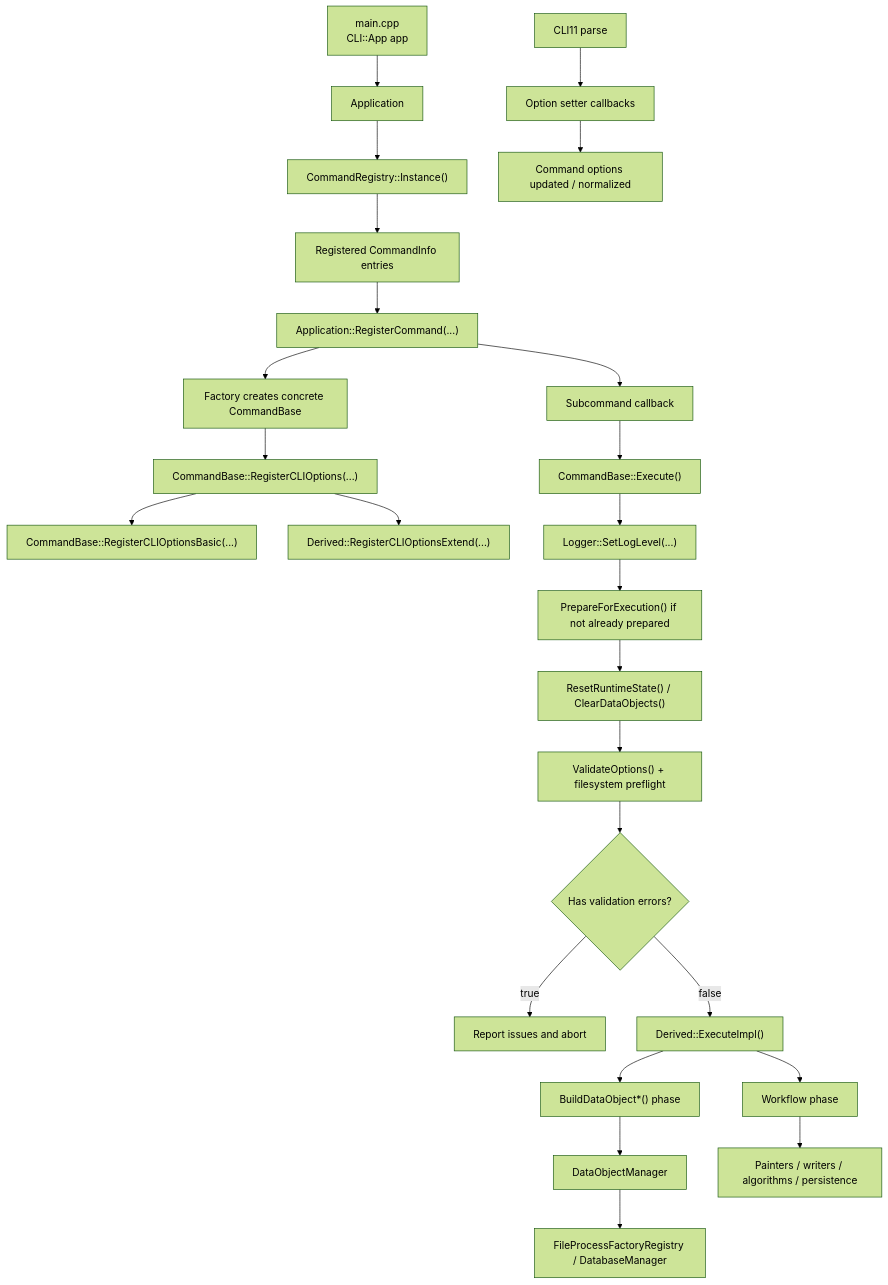
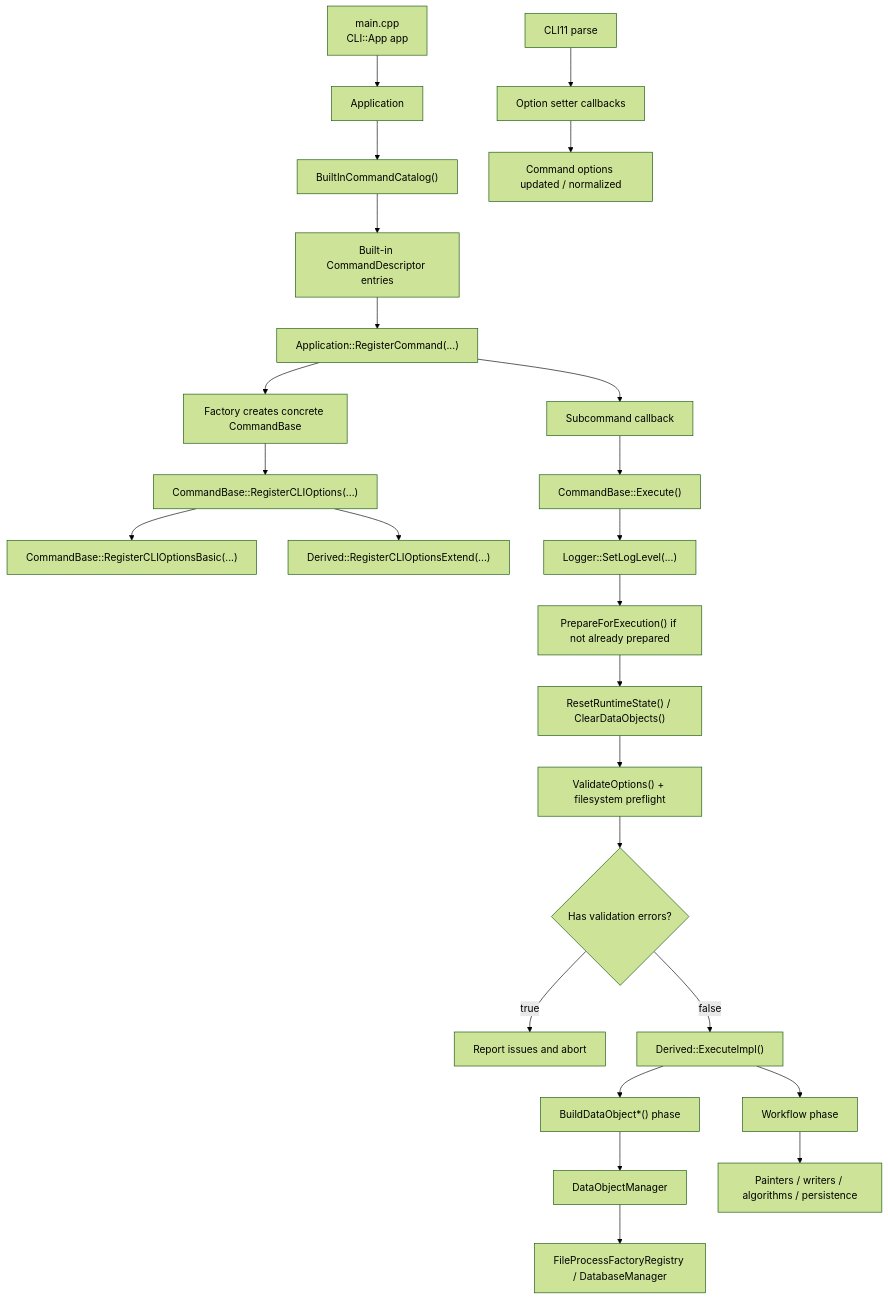
The first of 2 diagrams in docs/developer/architecture/command-architecture.md (yslianTim/rhbm_gem), drawn with Mermaid (forest theme) before and after one commit. The commit also changed other lines of this file and 27 other files, not shown here.

````diff
--- a/docs/developer/architecture/command-architecture.md
+++ b/docs/developer/architecture/command-architecture.md
@@ -20,31 +20,31 @@
 ```mermaid
 flowchart TD
     A["main.cpp<br/>CLI::App app"] --> B["Application"]
-    B --> C["CommandRegistry::Instance()"]
-    C --> D["Registered CommandInfo entries"]
+    B --> C["BuiltInCommandCatalog()"]
+    C --> D["Built-in CommandDescriptor entries"]
 
     D --> E["Application::RegisterCommand(...)"]
     E --> F["Factory creates concrete CommandBase"]
     F --> G["CommandBase::RegisterCLIOptions(...)"]
     G --> H["CommandBase::RegisterCLIOptionsBasic(...)"]
     G --> I["Derived::RegisterCLIOptionsExtend(...)"]
 
     J["CLI11 parse"] --> K["Option setter callbacks"]
     K --> L["Command options updated / normalized"]
 
     E --> M["Subcommand callback"]
     M --> N["CommandBase::Execute()"]
     N --> O["Logger::SetLogLevel(...)"]
     O --> P["PrepareForExecution() if not already prepared"]
     P --> Q["ResetRuntimeState() / ClearDataObjects()"]
     Q --> R["ValidateOptions() + filesystem preflight"]
     R --> S{"Has validation errors?"}
     S -- true --> T["Report issues and abort"]
     S -- false --> U["Derived::ExecuteImpl()"]
 
     U --> V["BuildDataObject*() phase"]
     V --> W["DataObjectManager"]
     W --> X["FileProcessFactoryRegistry / DatabaseManager"]
     U --> Y["Workflow phase"]
     Y --> Z["Painters / writers / algorithms / persistence"]
 ```
````
